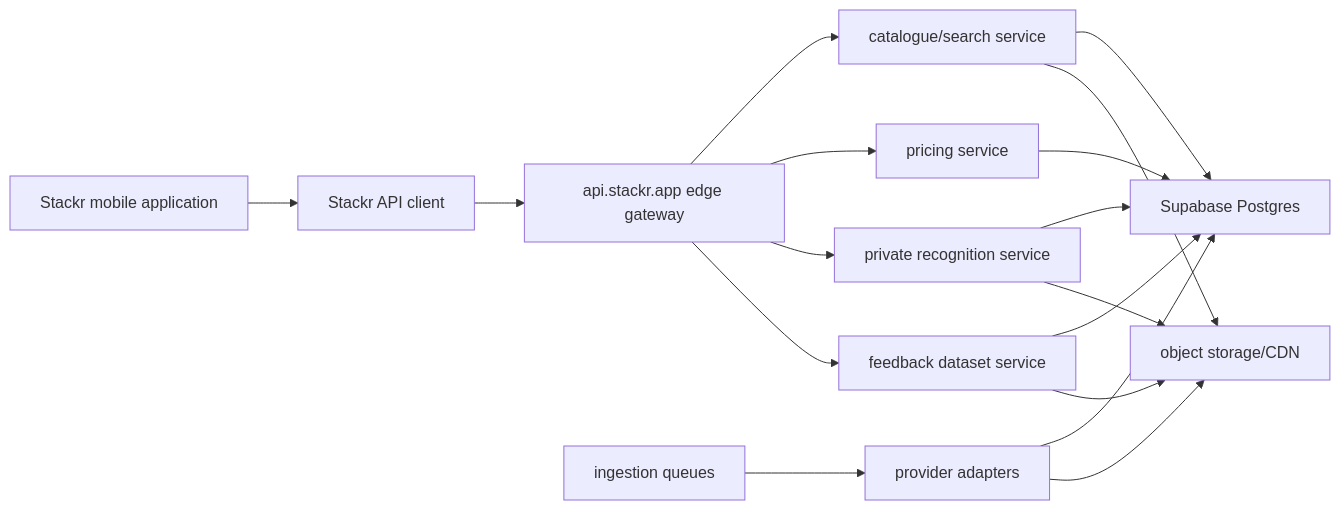
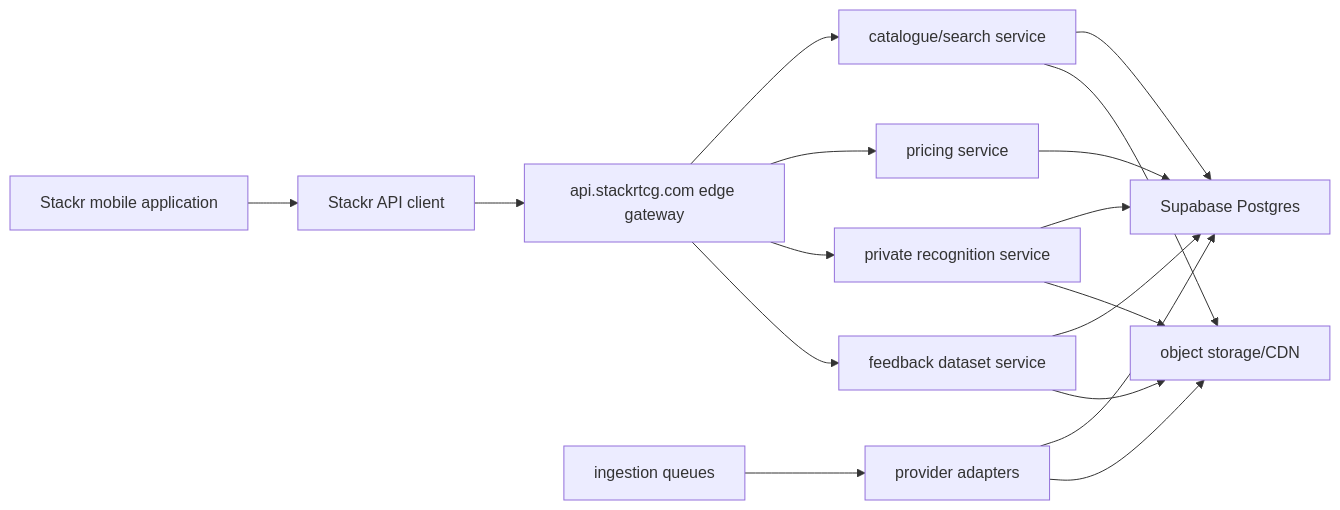
One commit to tberridge86/Stackr changed the diagram in docs/stackr-api/target-architecture.md. Above: the diagram before and after it, drawn with Mermaid. The commit also changed other lines of this file and 6 other files, not shown here.

````diff
--- a/docs/stackr-api/target-architecture.md
+++ b/docs/stackr-api/target-architecture.md
@@ -21,31 +21,31 @@
 ```mermaid
 flowchart LR
   Mobile["Stackr mobile application"]
   Client["Stackr API client"]
-  Gateway["api.stackr.app edge gateway"]
+  Gateway["api.stackrtcg.com edge gateway"]
   Catalogue["catalogue/search service"]
   Postgres["Supabase Postgres"]
   Recognition["private recognition service"]
   Storage["object storage/CDN"]
   Queues["ingestion queues"]
   Adapters["provider adapters"]
   Pricing["pricing service"]
   Feedback["feedback dataset service"]
 
   Mobile --> Client
   Client --> Gateway
   Gateway --> Catalogue
   Gateway --> Pricing
   Gateway --> Recognition
   Gateway --> Feedback
   Catalogue --> Postgres
   Pricing --> Postgres
   Recognition --> Postgres
   Recognition --> Storage
   Feedback --> Postgres
   Feedback --> Storage
   Queues --> Adapters
   Adapters --> Postgres
   Adapters --> Storage
   Catalogue --> Storage
 ```
````
